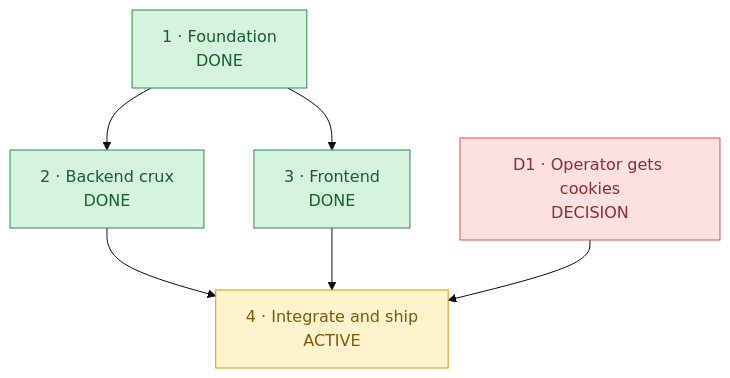
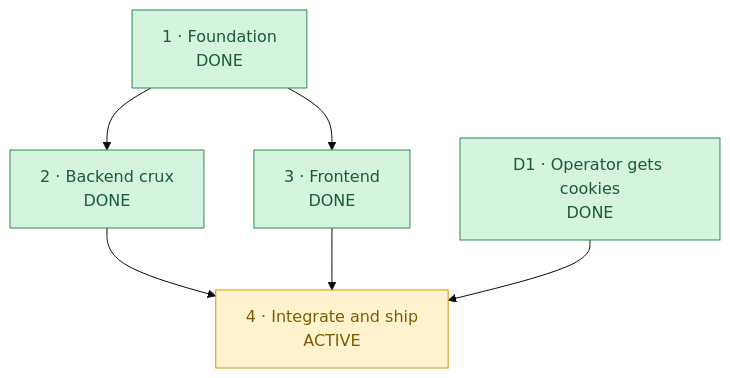
Before and after one commit to lumduan/gallery-dl-web: the diagram in ROADMAP.md, drawn with Mermaid (base theme). The commit also changed other lines of this file and 17 other files, not shown here.

````diff
--- a/ROADMAP.md
+++ b/ROADMAP.md
@@ -8,18 +8,18 @@
 ```mermaid
 flowchart TD
     P1["1 · Foundation<br/>DONE"] --> P2["2 · Backend crux<br/>DONE"]
     P1 --> P3["3 · Frontend<br/>DONE"]
     P2 --> P4["4 · Integrate and ship<br/>ACTIVE"]
     P3 --> P4
-    D1["D1 · Operator gets cookies<br/>DECISION"] --> P4
+    D1["D1 · Operator gets cookies<br/>DONE"] --> P4
 
     classDef done     fill:#d4f4dd,stroke:#2d8a4e,color:#1a5c33
     classDef active   fill:#fff3cd,stroke:#cc9a06,color:#7a5c04
     classDef decision fill:#fde0e0,stroke:#d05555,color:#8f2e2e
 
     class P1 done
     class P2 done
     class P3 done
     class P4 active
-    class D1 decision
+    class D1 done
 ```
````
